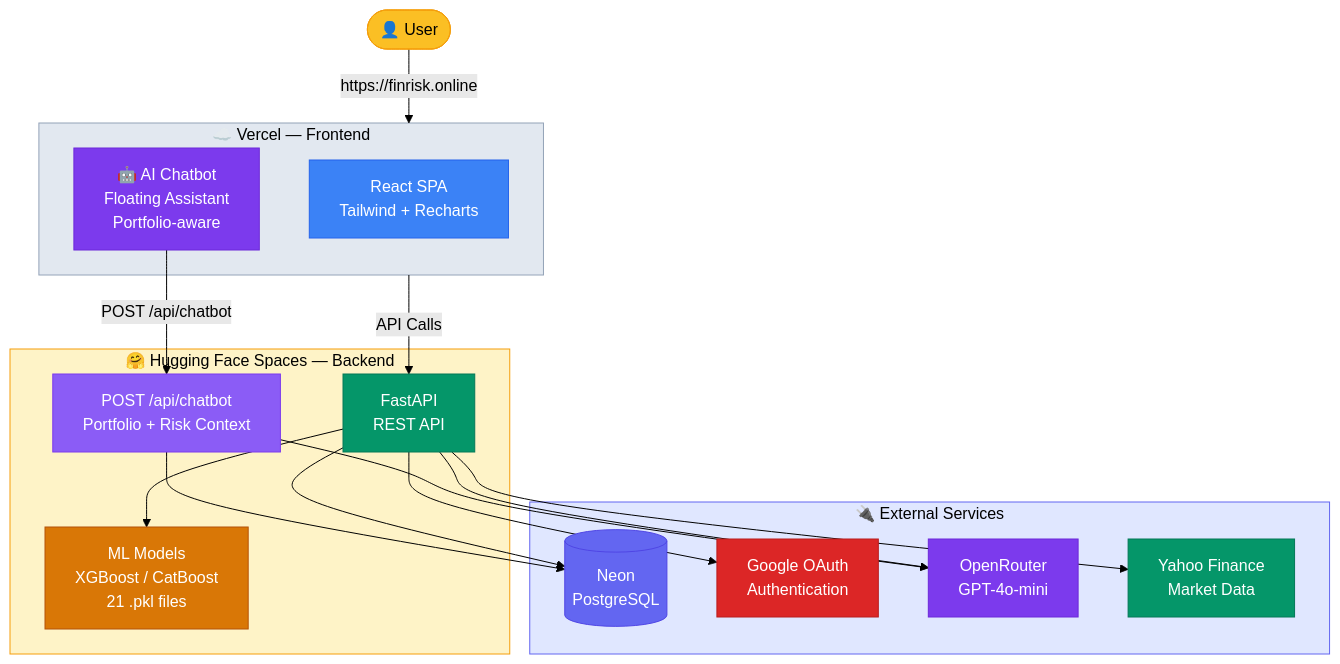
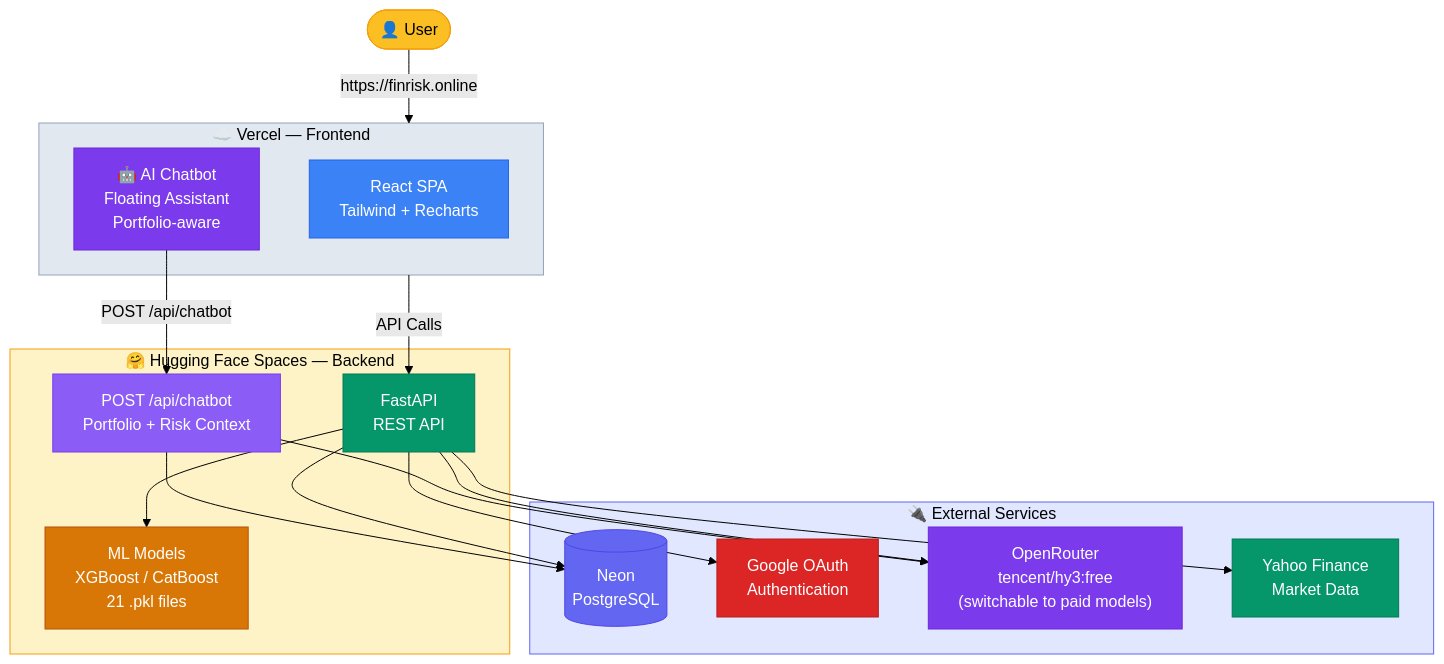
One commit to AyushSinghRana15/Financial-Risk-Management-System changed the diagram in README.md. Above: the diagram before and after it, drawn with Mermaid (forest theme). The commit also changed 1 other file, not shown here.

Commit message:
docs: update READMEs to reflect tencent/hy3:free switch

````diff
--- a/README.md
+++ b/README.md
@@ -18,46 +18,46 @@
 ```mermaid
 graph TB
     User(["👤 User"]) -->|"https://finrisk.online"| Vercel
 
     subgraph Vercel ["☁️ Vercel — Frontend"]
         React["React SPA<br/>Tailwind + Recharts"]
         Chatbot["🤖 AI Chatbot<br/>Floating Assistant<br/>Portfolio-aware"]
     end
 
     subgraph HF ["🤗 Hugging Face Spaces — Backend"]
         API["FastAPI<br/>REST API"]
         ChatbotAPI["POST /api/chatbot<br/>Portfolio + Risk Context"]
         ML["ML Models<br/>XGBoost / CatBoost<br/>21 .pkl files"]
     end
 
     subgraph Services ["🔌 External Services"]
         Neon[("Neon<br/>PostgreSQL")]
         OAuth["Google OAuth<br/>Authentication"]
-        OpenRouter["OpenRouter<br/>GPT-4o-mini"]
+        OpenRouter["OpenRouter<br/>tencent/hy3:free<br/>(switchable to paid models)"]
         Yahoo["Yahoo Finance<br/>Market Data"]
     end
 
     Vercel -->|"API Calls"| API
     Chatbot -->|"POST /api/chatbot"| ChatbotAPI
     ChatbotAPI --> OpenRouter
     ChatbotAPI --> Neon
     API --> ML
     API --> Neon
     API --> OAuth
     API --> OpenRouter
     API --> Yahoo
 
     style User fill:#fbbf24,stroke:#f59e0b,color:#000
     style Vercel fill:#e2e8f0,stroke:#94a3b8,color:#000
     style HF fill:#fef3c7,stroke:#f59e0b,color:#000
     style Services fill:#e0e7ff,stroke:#6366f1,color:#000
     style React fill:#3b82f6,stroke:#2563eb,color:#fff
     style Chatbot fill:#7c3aed,stroke:#6d28d9,color:#fff
     style API fill:#059669,stroke:#047857,color:#fff
     style ChatbotAPI fill:#8b5cf6,stroke:#7c3aed,color:#fff
     style ML fill:#d97706,stroke:#b45309,color:#fff
     style Neon fill:#6366f1,stroke:#4f46e5,color:#fff
     style OAuth fill:#dc2626,stroke:#b91c1c,color:#fff
     style OpenRouter fill:#7c3aed,stroke:#6d28d9,color:#fff
     style Yahoo fill:#059669,stroke:#047857,color:#fff
 ```
````
